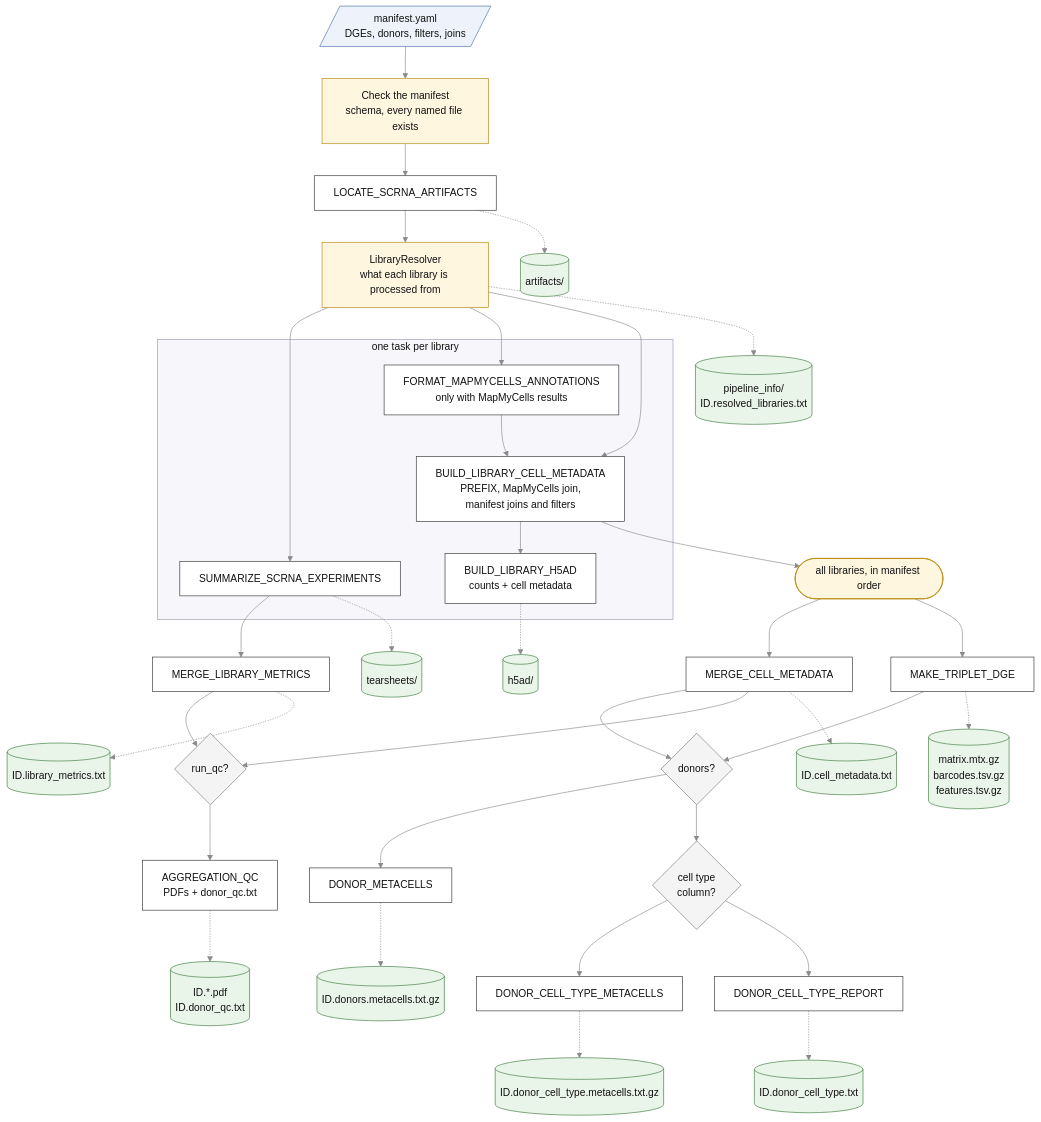
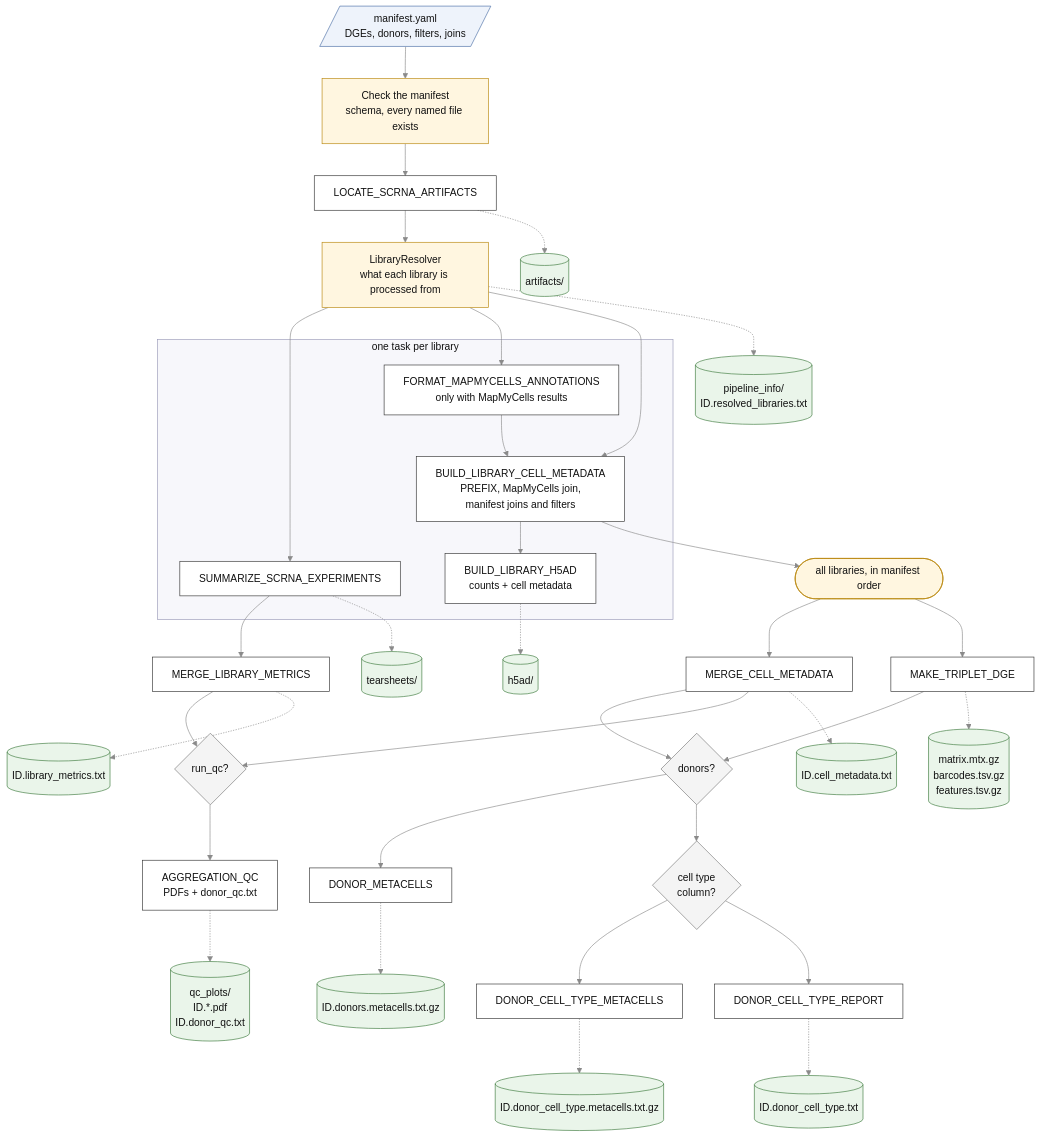
The diagram in docs/figures/workflow.mmd (broadinstitute/mccarroll-scrna-aggregation), drawn with Mermaid before and after one commit. The commit also changed 16 other files, not shown here.

```diff
--- a/docs/figures/workflow.mmd
+++ b/docs/figures/workflow.mmd
@@ -1,82 +1,82 @@
 %%{init: {"theme": "base", "themeVariables": {"primaryColor": "#ffffff", "primaryTextColor": "#111111", "primaryBorderColor": "#333333", "lineColor": "#8a8a8a", "clusterBkg": "#f7f7fb", "clusterBorder": "#9a9ab8", "titleColor": "#111111"}}}%%
 flowchart TD
     manifest[/"manifest.yaml<br/>DGEs, donors, filters, joins"/]:::input
 
     check["Check the manifest<br/>schema, every named file exists"]:::head
     locate["LOCATE_SCRNA_ARTIFACTS"]
     resolve["LibraryResolver<br/>what each library is processed from"]:::head
 
     manifest --> check --> locate --> resolve
 
     subgraph per_library ["one task per library"]
         summarize["SUMMARIZE_SCRNA_EXPERIMENTS"]
         format["FORMAT_MAPMYCELLS_ANNOTATIONS<br/>only with MapMyCells results"]
         build["BUILD_LIBRARY_CELL_METADATA<br/>PREFIX, MapMyCells join,<br/>manifest joins and filters"]
         h5ad["BUILD_LIBRARY_H5AD<br/>counts + cell metadata"]
         format --> build
         build --> h5ad
     end
 
     resolve --> summarize
     resolve --> format
     resolve --> build
 
     merge_metrics["MERGE_LIBRARY_METRICS"]
     summarize --> merge_metrics
 
     sorted(["all libraries, in manifest order"]):::head
     merge_cells["MERGE_CELL_METADATA"]
     triplet["MAKE_TRIPLET_DGE"]
     build --> sorted
     sorted --> merge_cells
     sorted --> triplet
 
     has_donors{"donors?"}:::gate
     has_cell_type{"cell type<br/>column?"}:::gate
     donor_metacells["DONOR_METACELLS"]
     cell_type_metacells["DONOR_CELL_TYPE_METACELLS"]
     report["DONOR_CELL_TYPE_REPORT"]
     merge_cells --> has_donors
     triplet --> has_donors
     has_donors --> donor_metacells
     has_donors --> has_cell_type
     has_cell_type --> cell_type_metacells
     has_cell_type --> report
 
     qc{"run_qc?"}:::gate
     aggqc["AGGREGATION_QC<br/>PDFs + donor_qc.txt"]
     merge_cells --> qc
     merge_metrics --> qc
     qc --> aggqc
 
     out_artifacts[("artifacts/")]:::output
     out_summary[("pipeline_info/<br/>ID.resolved_libraries.txt")]:::output
     out_tearsheets[("tearsheets/")]:::output
     out_h5ad[("h5ad/")]:::output
     out_metrics[("ID.library_metrics.txt")]:::output
     out_cells[("ID.cell_metadata.txt")]:::output
     out_matrix[("matrix.mtx.gz<br/>barcodes.tsv.gz<br/>features.tsv.gz")]:::output
     out_donor[("ID.donors.metacells.txt.gz")]:::output
     out_cell_type[("ID.donor_cell_type.metacells.txt.gz")]:::output
     out_report[("ID.donor_cell_type.txt")]:::output
-    out_qc[("ID.*.pdf<br/>ID.donor_qc.txt")]:::output
+    out_qc[("qc_plots/<br/>ID.*.pdf<br/>ID.donor_qc.txt")]:::output
 
     locate -.-> out_artifacts
     resolve -.-> out_summary
     summarize -.-> out_tearsheets
     h5ad -.-> out_h5ad
     merge_metrics -.-> out_metrics
     merge_cells -.-> out_cells
     triplet -.-> out_matrix
     donor_metacells -.-> out_donor
     cell_type_metacells -.-> out_cell_type
     report -.-> out_report
     aggqc -.-> out_qc
 
     classDef default fill:#ffffff,stroke:#333333,color:#111111
     classDef input fill:#eef3fb,stroke:#4a6fa5,color:#111111
     classDef head fill:#fff6e0,stroke:#b8860b,color:#111111
     classDef gate fill:#f4f4f4,stroke:#777777,color:#111111
     classDef output fill:#eaf5ea,stroke:#3d7a3d,color:#111111
     style per_library fill:#f7f7fb,stroke:#9a9ab8,color:#111111
     linkStyle default stroke:#8a8a8a
```
